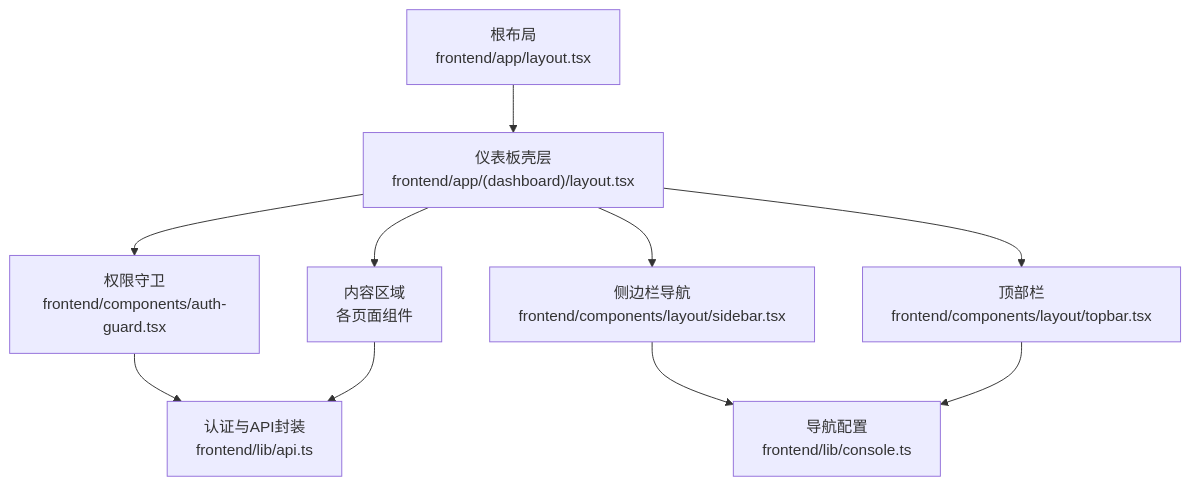
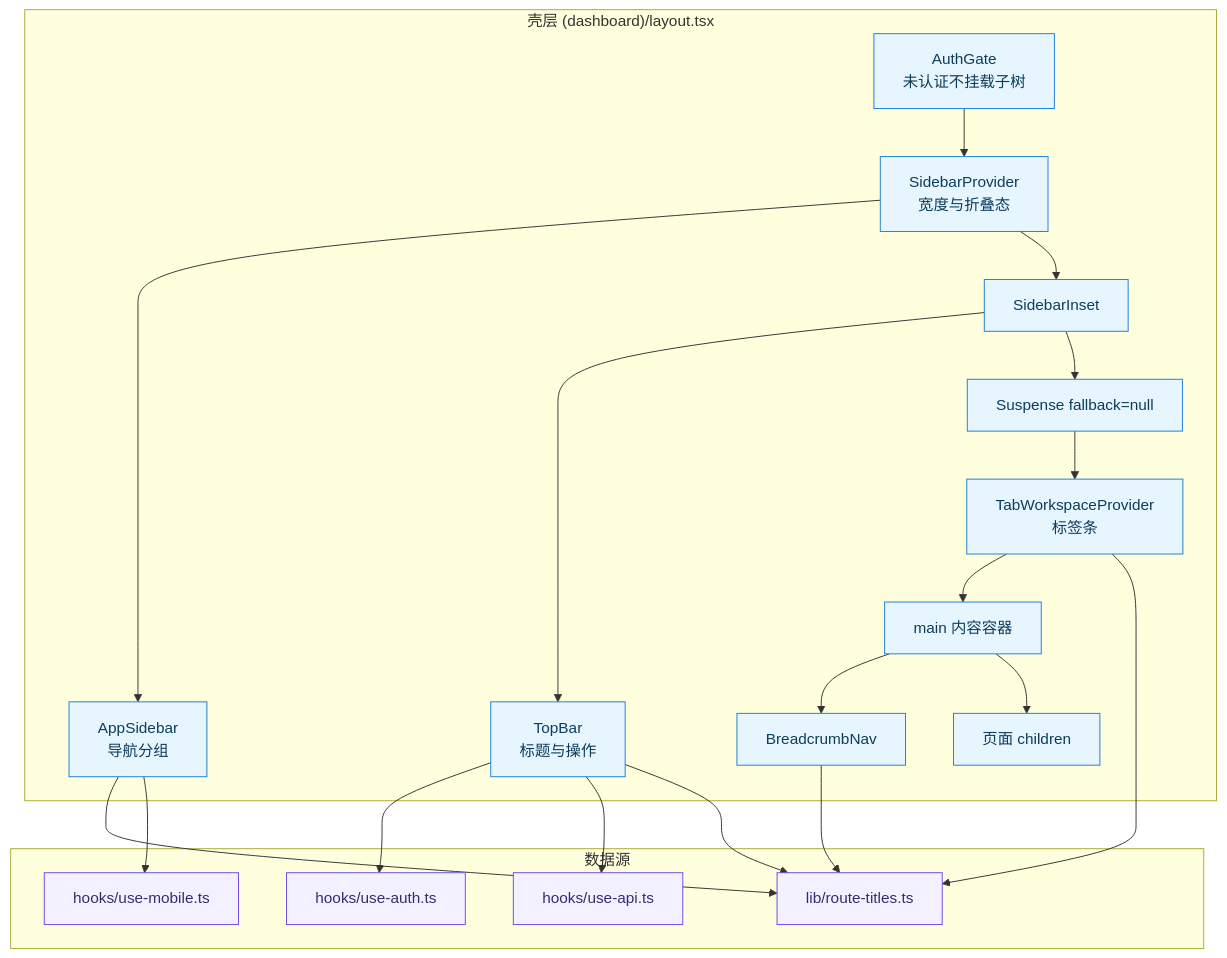
One commit to x01n/My-OpenWaf changed the first of 6 diagrams in docs/前端管理界面/Next.js 架构设计/仪表板布局与导航.md. Above: the diagram before and after it, drawn with Mermaid. The commit also changed other lines of this file and 622 other files, not shown here.

````diff
--- a/docs/前端管理界面/Next.js 架构设计/仪表板布局与导航.md
+++ b/docs/前端管理界面/Next.js 架构设计/仪表板布局与导航.md
@@ -47,12 +88,37 @@
 ```mermaid
-graph TB
-Root["根布局<br/>frontend/app/layout.tsx"] --> Shell["仪表板壳层<br/>frontend/app/(dashboard)/layout.tsx"]
-Shell --> Auth["权限守卫<br/>frontend/components/auth-guard.tsx"]
-Shell --> Sidebar["侧边栏导航<br/>frontend/components/layout/sidebar.tsx"]
-Shell --> Topbar["顶部栏<br/>frontend/components/layout/topbar.tsx"]
-Shell --> Content["内容区域<br/>各页面组件"]
-Sidebar --> Console["导航配置<br/>frontend/lib/console.ts"]
-Topbar --> Console
-Auth --> API["认证与API封装<br/>frontend/lib/api.ts"]
-Content --> API
+flowchart TB
+  subgraph SHELL["壳层 (dashboard)/layout.tsx"]
+    AG["AuthGate<br/>未认证不挂载子树"]
+    SP["SidebarProvider<br/>宽度与折叠态"]
+    SN["AppSidebar<br/>导航分组"]
+    SI["SidebarInset"]
+    TB["TopBar<br/>标题与操作"]
+    SUS["Suspense fallback=null"]
+    TW["TabWorkspaceProvider<br/>标签条"]
+    MAIN["main 内容容器"]
+    BC["BreadcrumbNav"]
+    CHILD["页面 children"]
+  end
+  subgraph SRC["数据源"]
+    RT["lib/route-titles.ts"]
+    UA["hooks/use-auth.ts"]
+    UAPI["hooks/use-api.ts"]
+    UM["hooks/use-mobile.ts"]
+  end
+  AG --> SP --> SN
+  SP --> SI --> TB
+  SI --> SUS --> TW --> MAIN
+  MAIN --> BC
+  MAIN --> CHILD
+  TB --> UA
+  TB --> UAPI
+  TB --> RT
+  SN --> RT
+  BC --> RT
+  TW --> RT
+  SN --> UM
+  classDef shell fill:#e7f5ff,stroke:#1c7ed6,color:#0b3d5c
+  classDef src fill:#f3f0ff,stroke:#7048e8,color:#3b2a72
+  class AG,SP,SN,SI,TB,SUS,TW,MAIN,BC,CHILD shell
+  class RT,UA,UAPI,UM src
 ```
````
